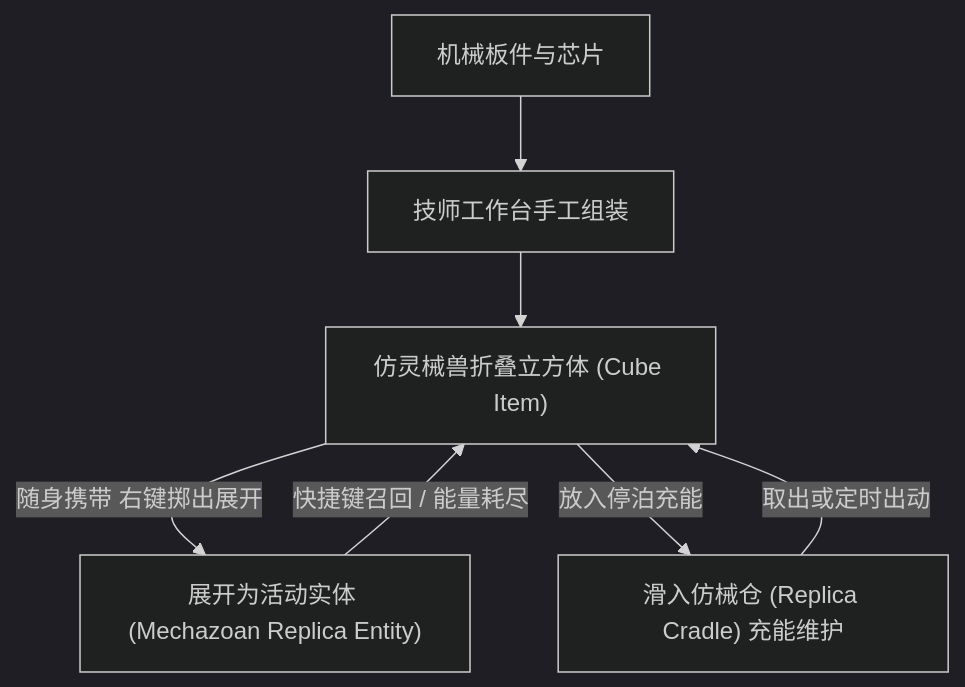
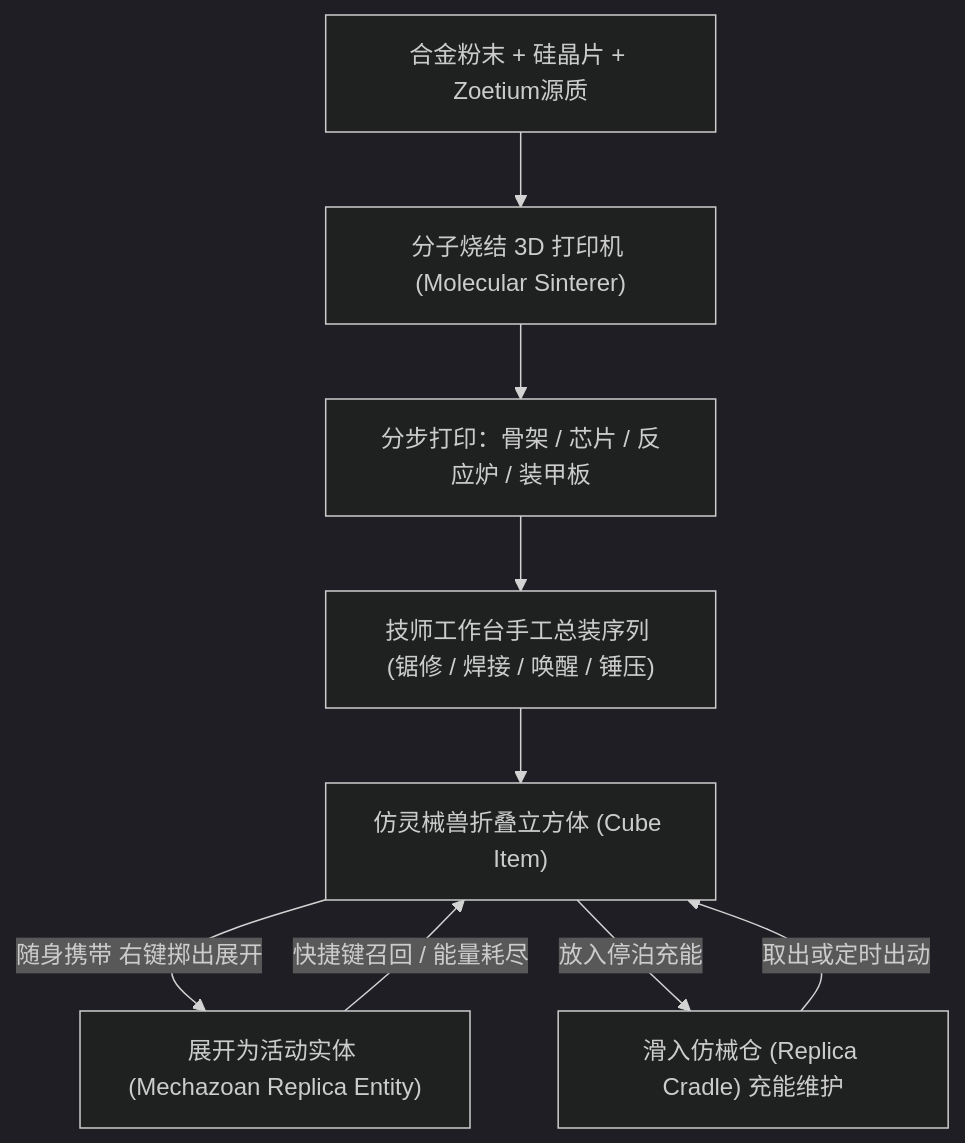
Before and after one commit to Rovitas/Mechanized: the third of 3 diagrams in docs/design_and_architecture.md, drawn with Mermaid (dark theme). The commit also changed other lines of this file and 1 other file, not shown here.

First line of the commit message:
docs: formalize Molecular Sinterer 3D printer and modular assembly pipeline

````diff
--- a/docs/design_and_architecture.md
+++ b/docs/design_and_architecture.md
@@ -353,9 +383,11 @@
 ```mermaid
 flowchart TD
-    A["机械板件与芯片"] --> B["技师工作台手工组装"]
-    B --> C["仿灵械兽折叠立方体 (Cube Item)"]
-    C -->|随身携带 右键掷出展开| D["展开为活动实体 (Mechazoan Replica Entity)"]
-    C -->|放入停泊充能| E["滑入仿械仓 (Replica Cradle) 充能维护"]
-    D -->|快捷键召回 / 能量耗尽| C
-    E -->|取出或定时出动| C
+    A["合金粉末 + 硅晶片 + Zoetium源质"] --> B["分子烧结 3D 打印机 (Molecular Sinterer)"]
+    B --> C["分步打印：骨架 / 芯片 / 反应炉 / 装甲板"]
+    C --> D["技师工作台手工总装序列 (锯修 / 焊接 / 唤醒 / 锤压)"]
+    D --> E["仿灵械兽折叠立方体 (Cube Item)"]
+    E -->|随身携带 右键掷出展开| F["展开为活动实体 (Mechazoan Replica Entity)"]
+    E -->|放入停泊充能| G["滑入仿械仓 (Replica Cradle) 充能维护"]
+    F -->|快捷键召回 / 能量耗尽| E
+    G -->|取出或定时出动| E
 ```
````
